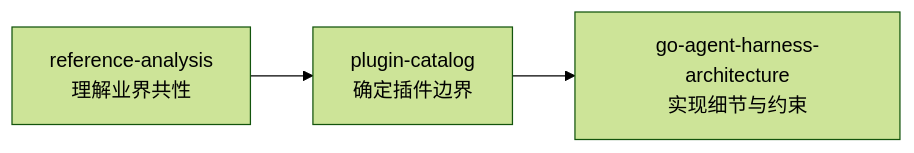
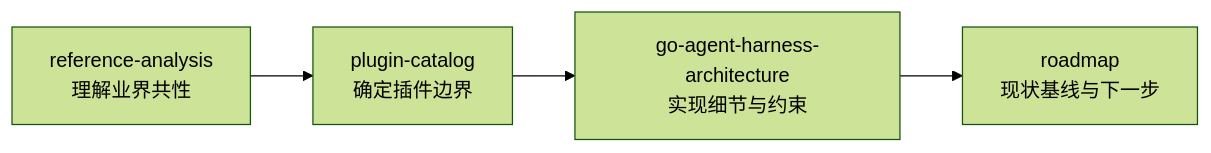
The diagram in docs/README.zh.md (lengzhao/agentkit), drawn with Mermaid (forest theme) before and after one commit. The commit also changed other lines of this file and 41 other files, not shown here.

````diff
--- a/docs/README.zh.md
+++ b/docs/README.zh.md
@@ -78,5 +89,6 @@
 ```mermaid
 flowchart LR
   A["reference-analysis<br/>理解业界共性"] --> B["plugin-catalog<br/>确定插件边界"]
   B --> C["go-agent-harness-architecture<br/>实现细节与约束"]
+  C --> D["roadmap<br/>现状基线与下一步"]
 ```
````
